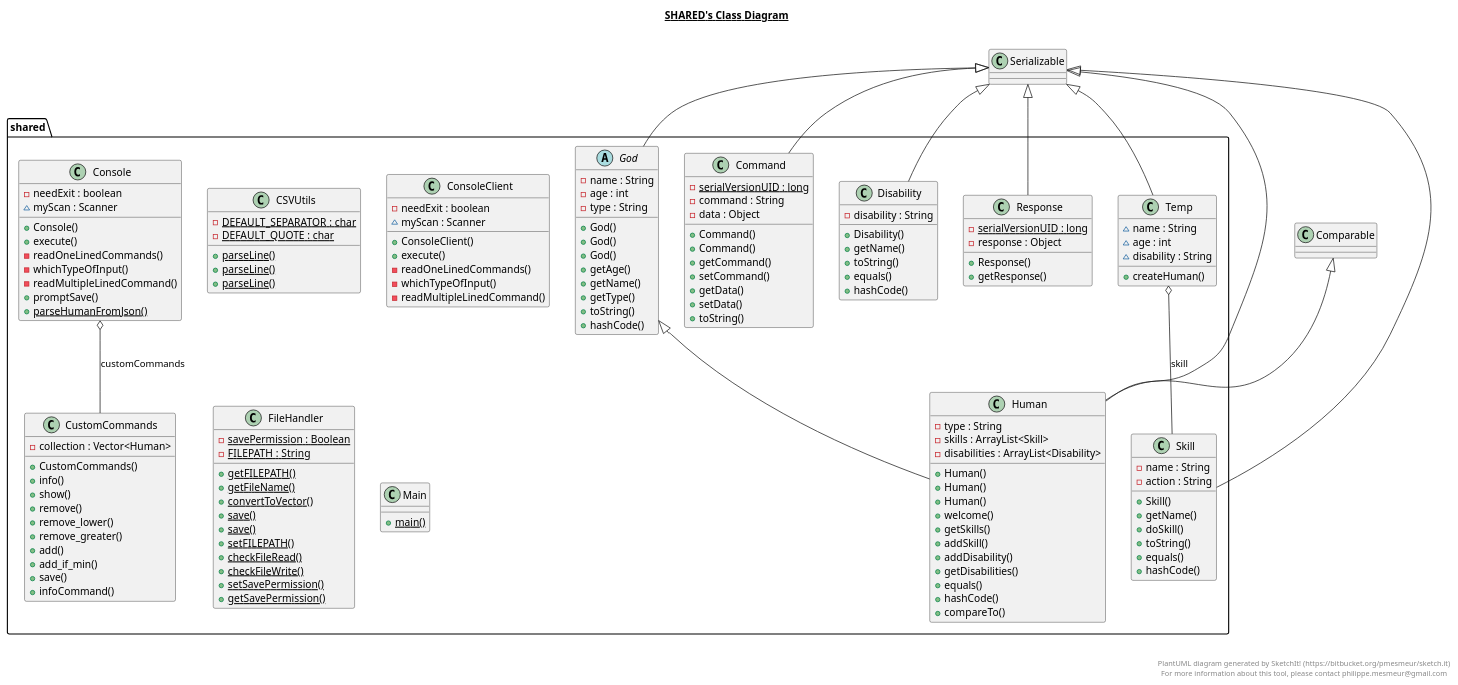
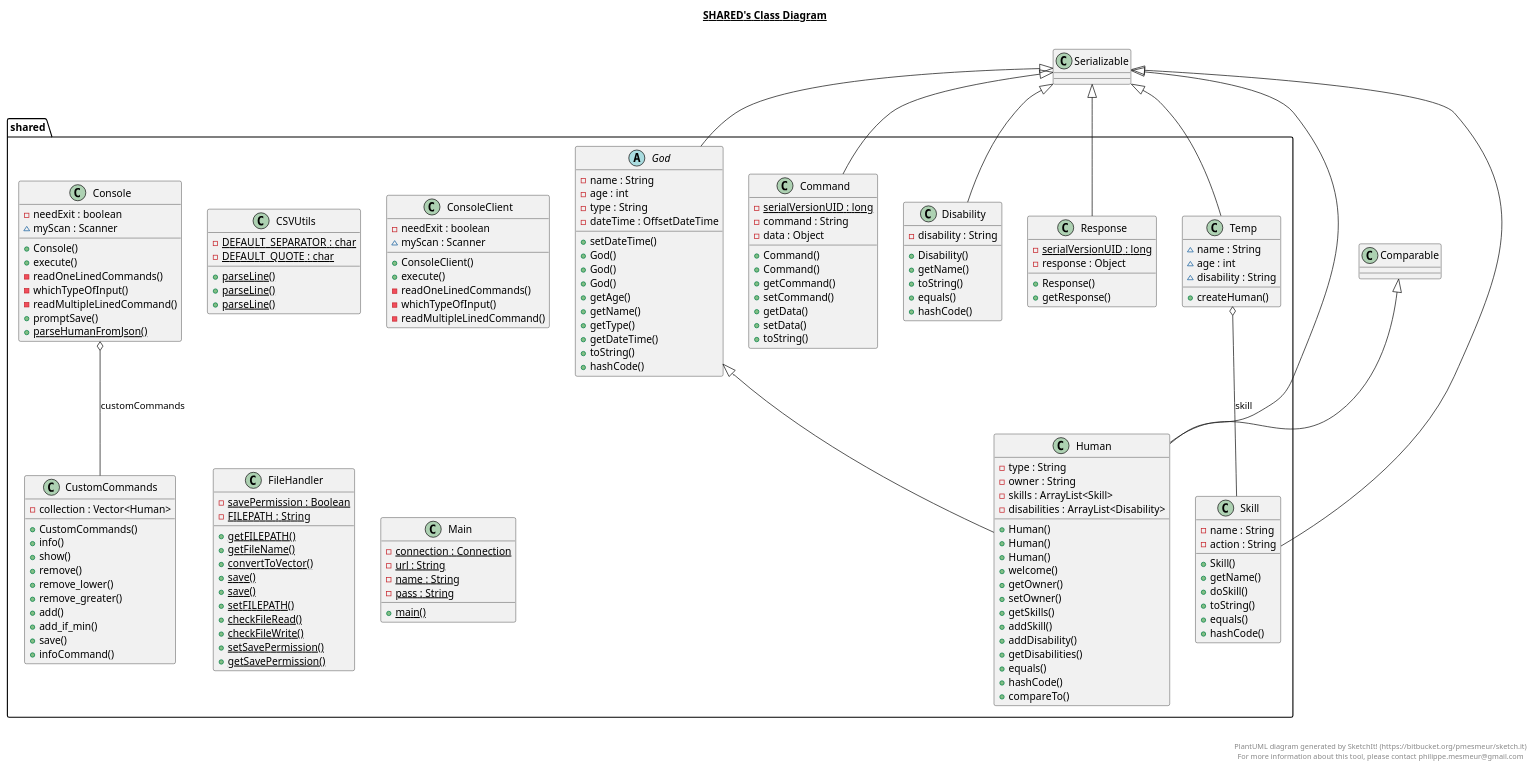
One commit to brtchkv/Prog_labs changed the diagram in src/shared/shared.plantuml. Above: the diagram before and after it, drawn with PlantUML. The commit also changed 9 other files, not shown here.

```diff
--- a/src/shared/shared.plantuml
+++ b/src/shared/shared.plantuml
@@ -109,12 +109,15 @@
         - name : String
         - age : int
         - type : String
+        - dateTime : OffsetDateTime
+        + setDateTime()
         + God()
         + God()
         + God()
         + getAge()
         + getName()
         + getType()
+        + getDateTime()
         + toString()
         + hashCode()
     }
@@ -124,12 +127,15 @@
   package shared {
     class Human {
         - type : String
+        - owner : String
         - skills : ArrayList<Skill>
         - disabilities : ArrayList<Disability>
         + Human()
         + Human()
         + Human()
         + welcome()
+        + getOwner()
+        + setOwner()
         + getSkills()
         + addSkill()
         + addDisability()
@@ -143,6 +149,10 @@
 
   package shared {
     class Main {
+        {static} - connection : Connection
+        {static} - url : String
+        {static} - name : String
+        {static} - pass : String
         {static} + main()
     }
   }
```
